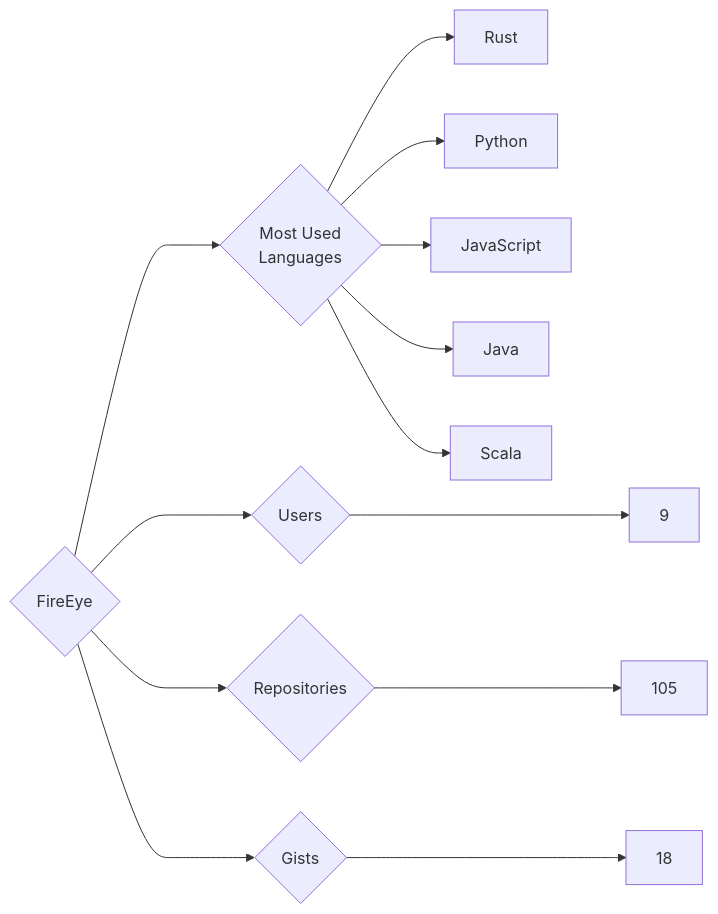
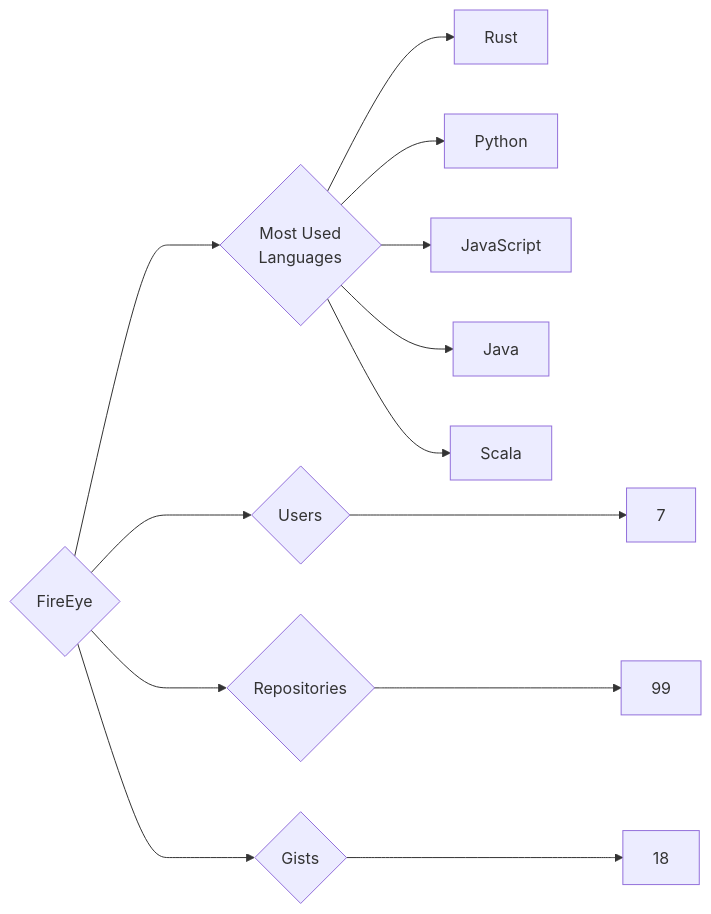
The diagram in targets/FireEye/README.md (trickest/insiders), drawn with Mermaid before and after one commit. The commit also changed 815 other files, not shown here.

````diff
--- a/targets/FireEye/README.md
+++ b/targets/FireEye/README.md
@@ -3,13 +3,13 @@
 ```mermaid
 graph LR
 COMPANY_NAME{FireEye}
-COMPANY_NAME ---> U{Users} ---> UN[9]
-COMPANY_NAME ---> R{Repositories} ---> RN[105]
+COMPANY_NAME ---> U{Users} ---> UN[7]
+COMPANY_NAME ---> R{Repositories} ---> RN[99]
 COMPANY_NAME ---> G{Gists} ---> GN[18]
 COMPANY_NAME ---> ML{Most Used<br>Languages}
 ML --> Rust[Rust]
 ML --> Python[Python]
 ML --> JavaScript[JavaScript]
 ML --> Java[Java]
 ML --> Scala[Scala]
 ```
````
